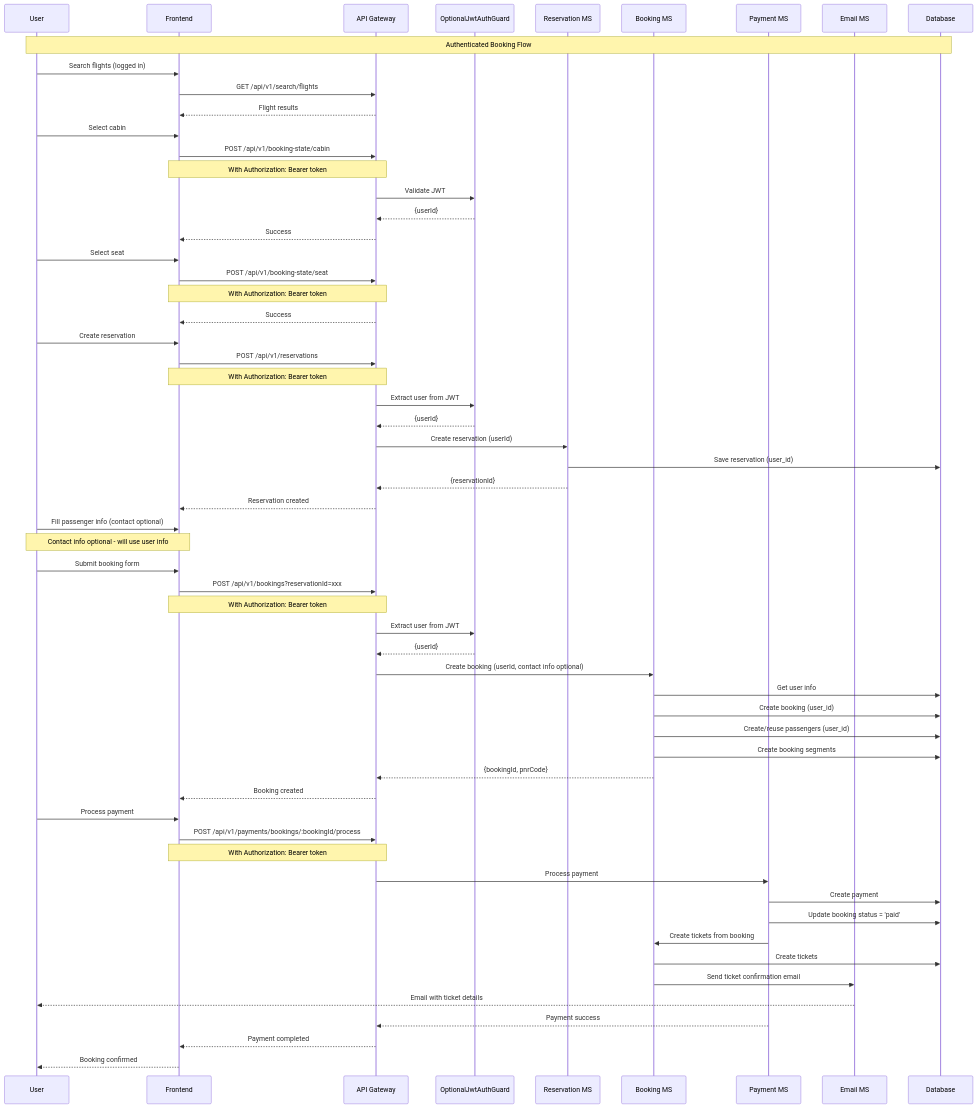
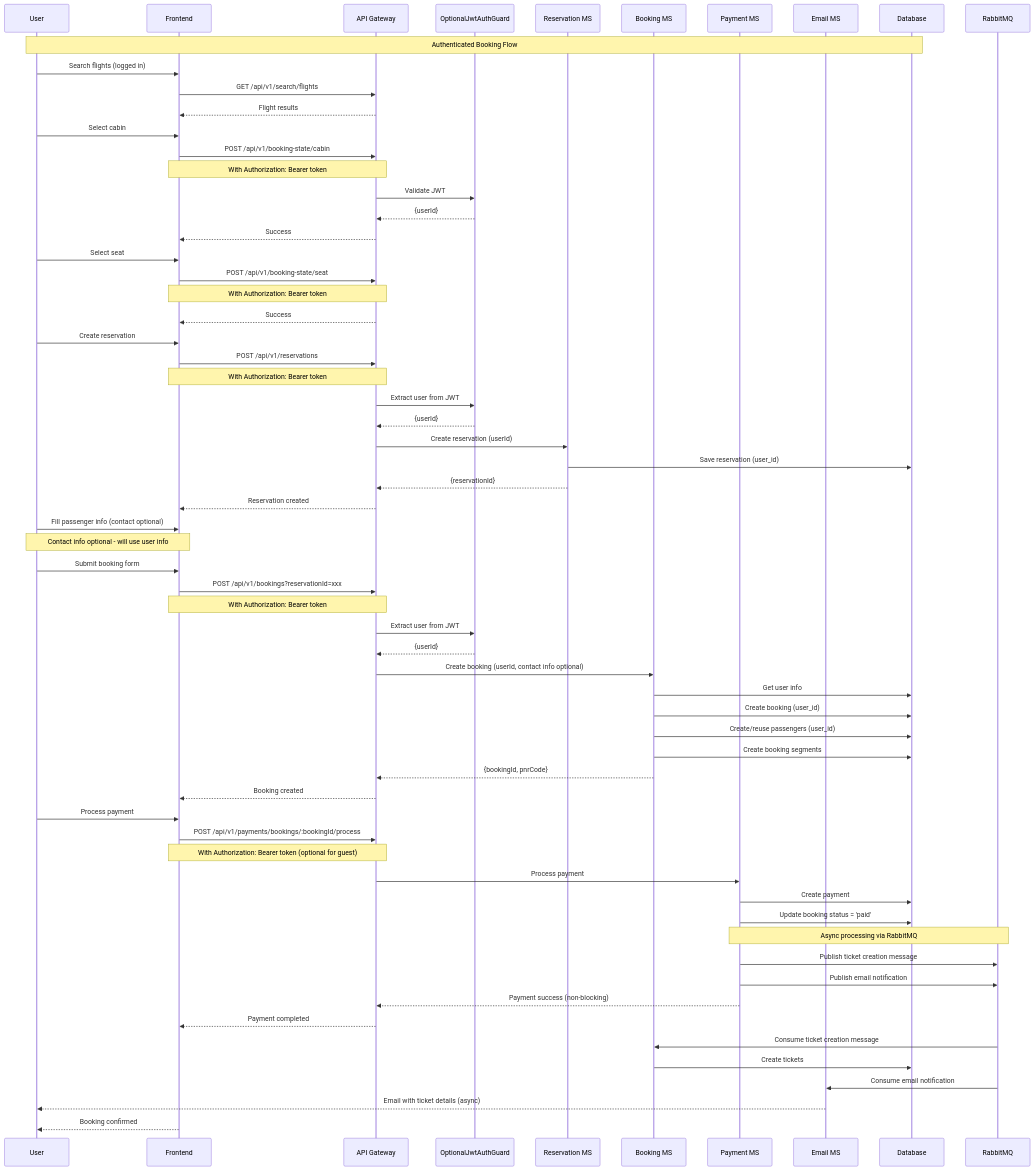
One commit to Wanderlust-Air-Travel/be-flight-booking changed the sixth of 8 diagrams in docs/api/API_SEQUENCE_DIAGRAMS.md. Above: the diagram before and after it, drawn with Mermaid. The commit also changed other lines of this file and 3 other files, not shown here.

Commit message:
feat: enhance payment flow with RabbitMQ integration; support async ticket creation and email notifications for guest users, improve error handling for already paid bookings, and update API documentation for clarity

````diff
--- a/docs/api/API_SEQUENCE_DIAGRAMS.md
+++ b/docs/api/API_SEQUENCE_DIAGRAMS.md
@@ -242,69 +242,76 @@
 ```mermaid
 sequenceDiagram
     participant User
     participant Frontend
     participant API Gateway
     participant OptionalJwtAuthGuard
     participant Reservation MS
     participant Booking MS
     participant Payment MS
     participant Email MS
     participant Database
 
     Note over User,Database: Authenticated Booking Flow
 
     User->>Frontend: Search flights (logged in)
     Frontend->>API Gateway: GET /api/v1/search/flights
     API Gateway-->>Frontend: Flight results
 
     User->>Frontend: Select cabin
     Frontend->>API Gateway: POST /api/v1/booking-state/cabin
     Note over Frontend,API Gateway: With Authorization: Bearer token
     API Gateway->>OptionalJwtAuthGuard: Validate JWT
     OptionalJwtAuthGuard-->>API Gateway: {userId}
     API Gateway-->>Frontend: Success
 
     User->>Frontend: Select seat
     Frontend->>API Gateway: POST /api/v1/booking-state/seat
     Note over Frontend,API Gateway: With Authorization: Bearer token
     API Gateway-->>Frontend: Success
 
     User->>Frontend: Create reservation
     Frontend->>API Gateway: POST /api/v1/reservations
     Note over Frontend,API Gateway: With Authorization: Bearer token
     API Gateway->>OptionalJwtAuthGuard: Extract user from JWT
     OptionalJwtAuthGuard-->>API Gateway: {userId}
     API Gateway->>Reservation MS: Create reservation (userId)
     Reservation MS->>Database: Save reservation (user_id)
     Reservation MS-->>API Gateway: {reservationId}
     API Gateway-->>Frontend: Reservation created
 
     User->>Frontend: Fill passenger info (contact optional)
     Note over User,Frontend: Contact info optional - will use user info
     User->>Frontend: Submit booking form
     Frontend->>API Gateway: POST /api/v1/bookings?reservationId=xxx
     Note over Frontend,API Gateway: With Authorization: Bearer token
     API Gateway->>OptionalJwtAuthGuard: Extract user from JWT
     OptionalJwtAuthGuard-->>API Gateway: {userId}
     API Gateway->>Booking MS: Create booking (userId, contact info optional)
     Booking MS->>Database: Get user info
     Booking MS->>Database: Create booking (user_id)
     Booking MS->>Database: Create/reuse passengers (user_id)
     Booking MS->>Database: Create booking segments
     Booking MS-->>API Gateway: {bookingId, pnrCode}
     API Gateway-->>Frontend: Booking created
 
     User->>Frontend: Process payment
     Frontend->>API Gateway: POST /api/v1/payments/bookings/:bookingId/process
-    Note over Frontend,API Gateway: With Authorization: Bearer token
+    Note over Frontend,API Gateway: With Authorization: Bearer token (optional for guest)
     API Gateway->>Payment MS: Process payment
     Payment MS->>Database: Create payment
     Payment MS->>Database: Update booking status = 'paid'
-    Payment MS->>Booking MS: Create tickets from booking
+    
+    Note over Payment MS,RabbitMQ: Async processing via RabbitMQ
+    Payment MS->>RabbitMQ: Publish ticket creation message
+    Payment MS->>RabbitMQ: Publish email notification
+    Payment MS-->>API Gateway: Payment success (non-blocking)
+    API Gateway-->>Frontend: Payment completed
+    
+    RabbitMQ->>Booking MS: Consume ticket creation message
     Booking MS->>Database: Create tickets
-    Booking MS->>Email MS: Send ticket confirmation email
-    Email MS-->>User: Email with ticket details
-    Payment MS-->>API Gateway: Payment success
-    API Gateway-->>Frontend: Payment completed
+    
+    RabbitMQ->>Email MS: Consume email notification
+    Email MS-->>User: Email with ticket details (async)
+    
     Frontend-->>User: Booking confirmed
 ```
````
